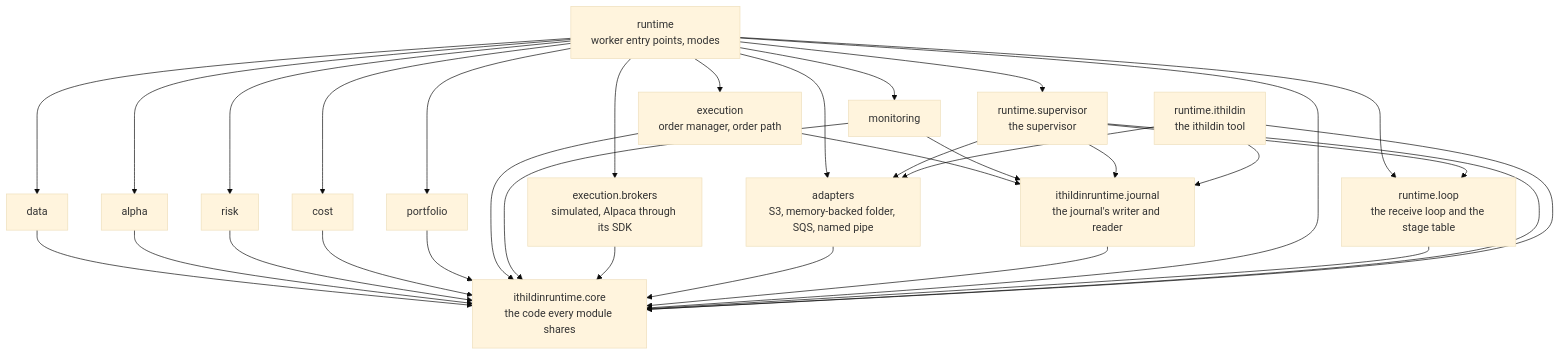
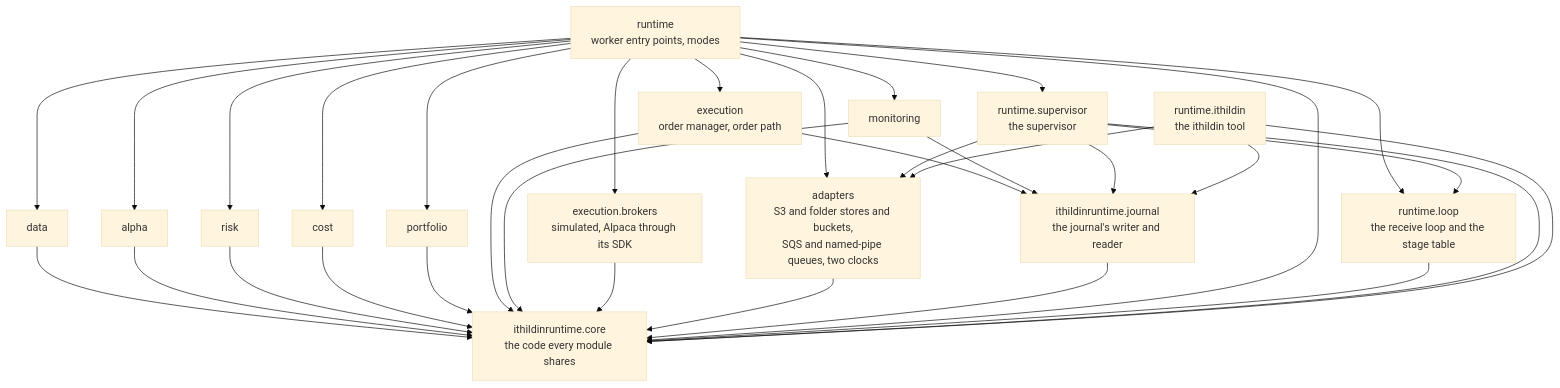
Before and after one commit to l3a0/ithildin-runtime: the seventh of 7 diagrams in docs/architecture/05-building-blocks.md, drawn with Mermaid (base theme). The commit also changed other lines of this file and 2 other files, not shown here.

Commit message:
test(cost): answer review round 3
Pin each absent kind's exact words and the kind and input the stage uses on a
stored schedule. Say in 05 that one missing kind halts, and drop the claim
that the receive loop checks a handler's kind and input.

````diff
--- a/docs/architecture/05-building-blocks.md
+++ b/docs/architecture/05-building-blocks.md
@@ -1091,51 +1091,51 @@
 ```mermaid
 flowchart TB
     core["ithildinruntime.core<br/>the code every module shares"]
     journal["ithildinruntime.journal<br/>the journal's writer and reader"]
-    adapters["adapters<br/>S3, memory-backed folder, SQS, named pipe"]
+    adapters["adapters<br/>S3 and folder stores and buckets,<br/>SQS and named-pipe queues, two clocks"]
     data["data"]
     alpha["alpha"]
     risk["risk"]
     cost["cost"]
     portfolio["portfolio"]
     execution["execution<br/>order manager, order path"]
     brokers["execution.brokers<br/>simulated, Alpaca through its SDK"]
     monitoring["monitoring"]
     runtime["runtime<br/>worker entry points, modes"]
     loop["runtime.loop<br/>the receive loop and the stage table"]
     supervisor["runtime.supervisor<br/>the supervisor"]
     tool["runtime.ithildin<br/>the ithildin tool"]
 
     data --> core
     alpha --> core
     risk --> core
     cost --> core
     portfolio --> core
     execution --> core
     monitoring --> core
     brokers --> core
     adapters --> core
     journal --> core
     execution --> journal
     monitoring --> journal
     runtime --> core
     runtime --> adapters
     runtime --> data
     runtime --> alpha
     runtime --> risk
     runtime --> cost
     runtime --> portfolio
     runtime --> execution
     runtime --> brokers
     runtime --> monitoring
     runtime --> loop
     runtime --> supervisor
     loop --> core
     supervisor --> core
     supervisor --> journal
     supervisor --> adapters
     supervisor --> loop
     tool --> core
     tool --> adapters
     tool --> journal
 ```
````
